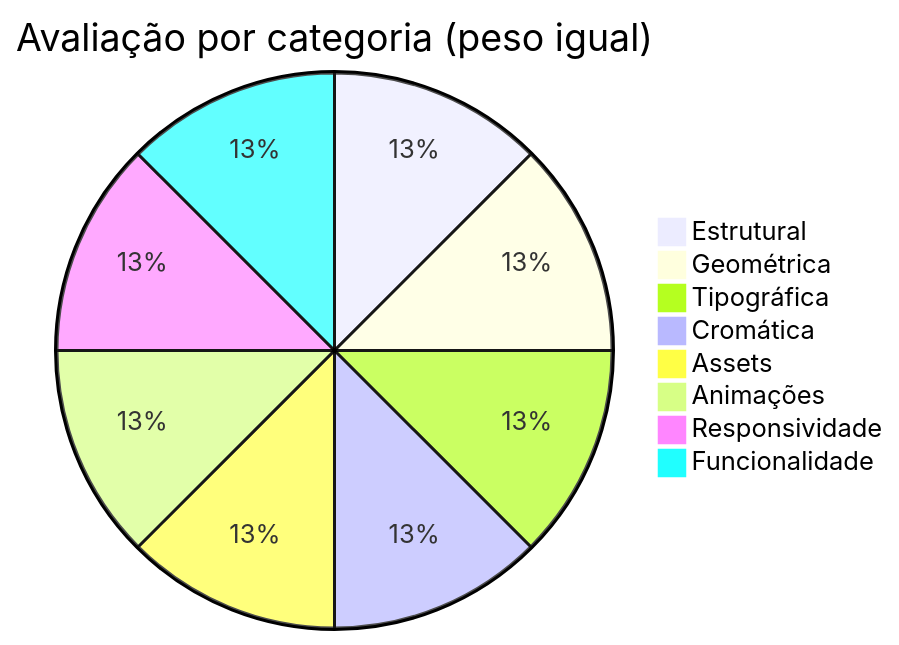
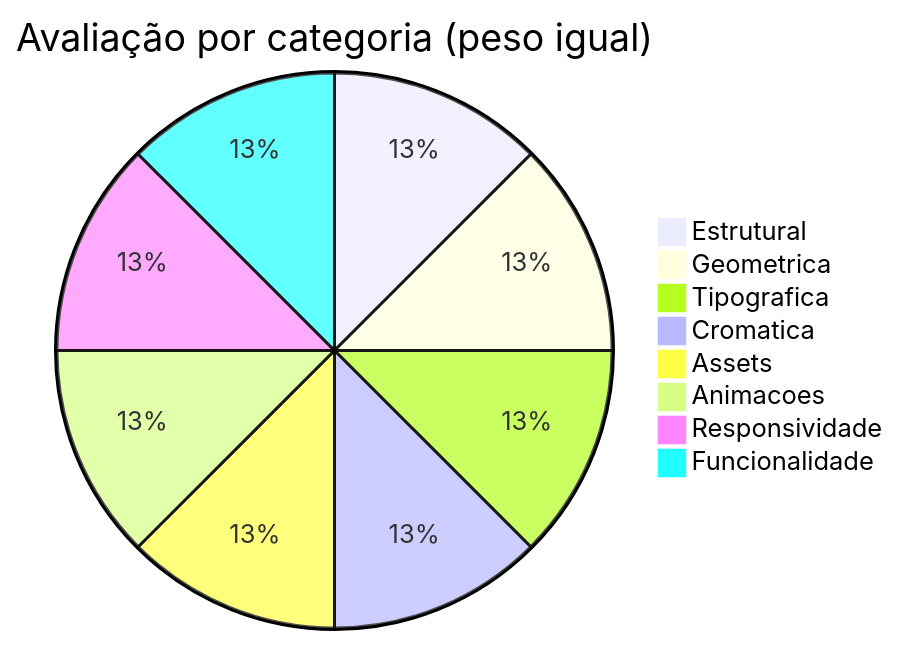
One commit to pedrohen-lopes/VISUAL-REFERENCE-INTELLIGENCE changed the fourth of 4 diagrams in README.md. Above: the diagram before and after it, drawn with Mermaid. The commit also changed other lines of this file and 13 other files, not shown here.

First line of the commit message:
docs: add visual step-by-step guides + fix Mermaid diagrams

````diff
--- a/README.md
+++ b/README.md
@@ -211,11 +202,11 @@
 ```mermaid
 pie title Avaliação por categoria (peso igual)
     "Estrutural" : 1
-    "Geométrica" : 1
-    "Tipográfica" : 1
-    "Cromática" : 1
+    "Geometrica" : 1
+    "Tipografica" : 1
+    "Cromatica" : 1
     "Assets" : 1
-    "Animações" : 1
+    "Animacoes" : 1
     "Responsividade" : 1
     "Funcionalidade" : 1
 ```
````
